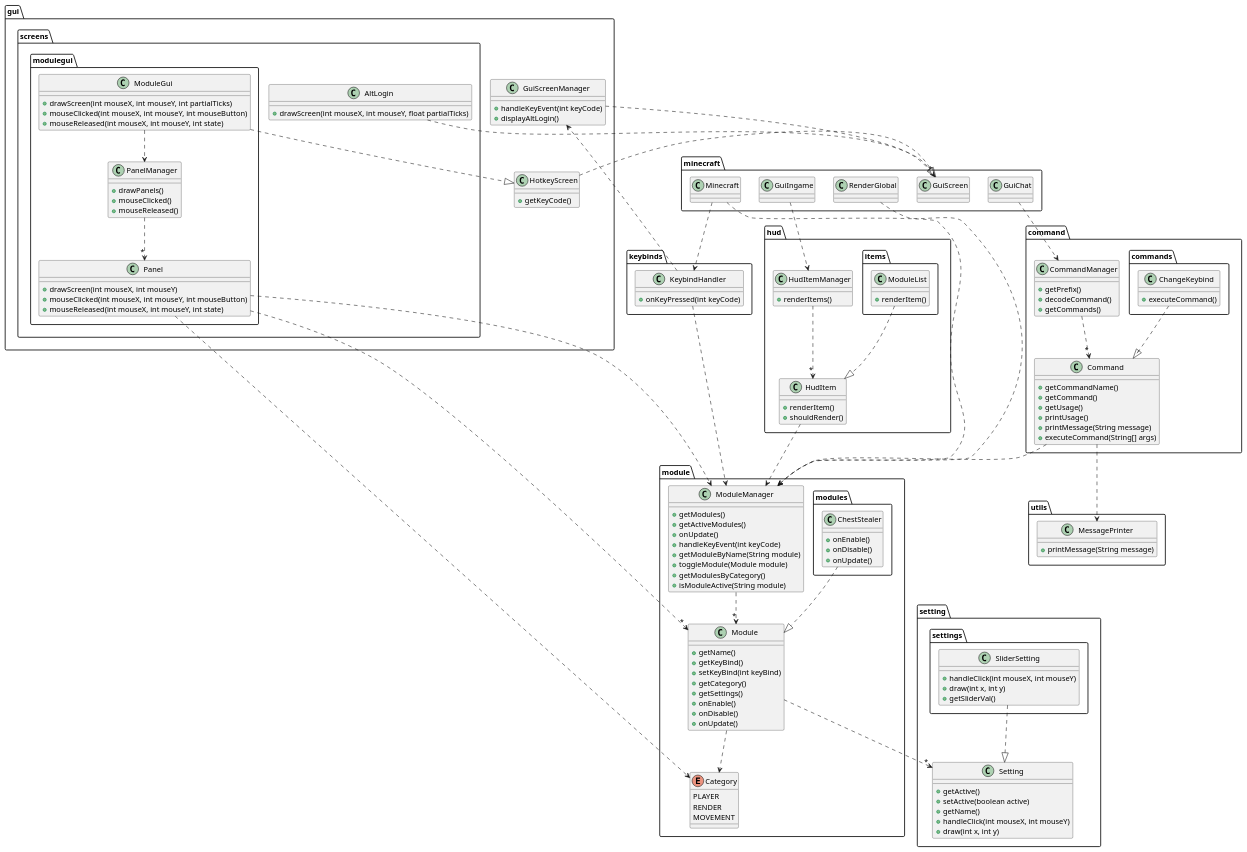
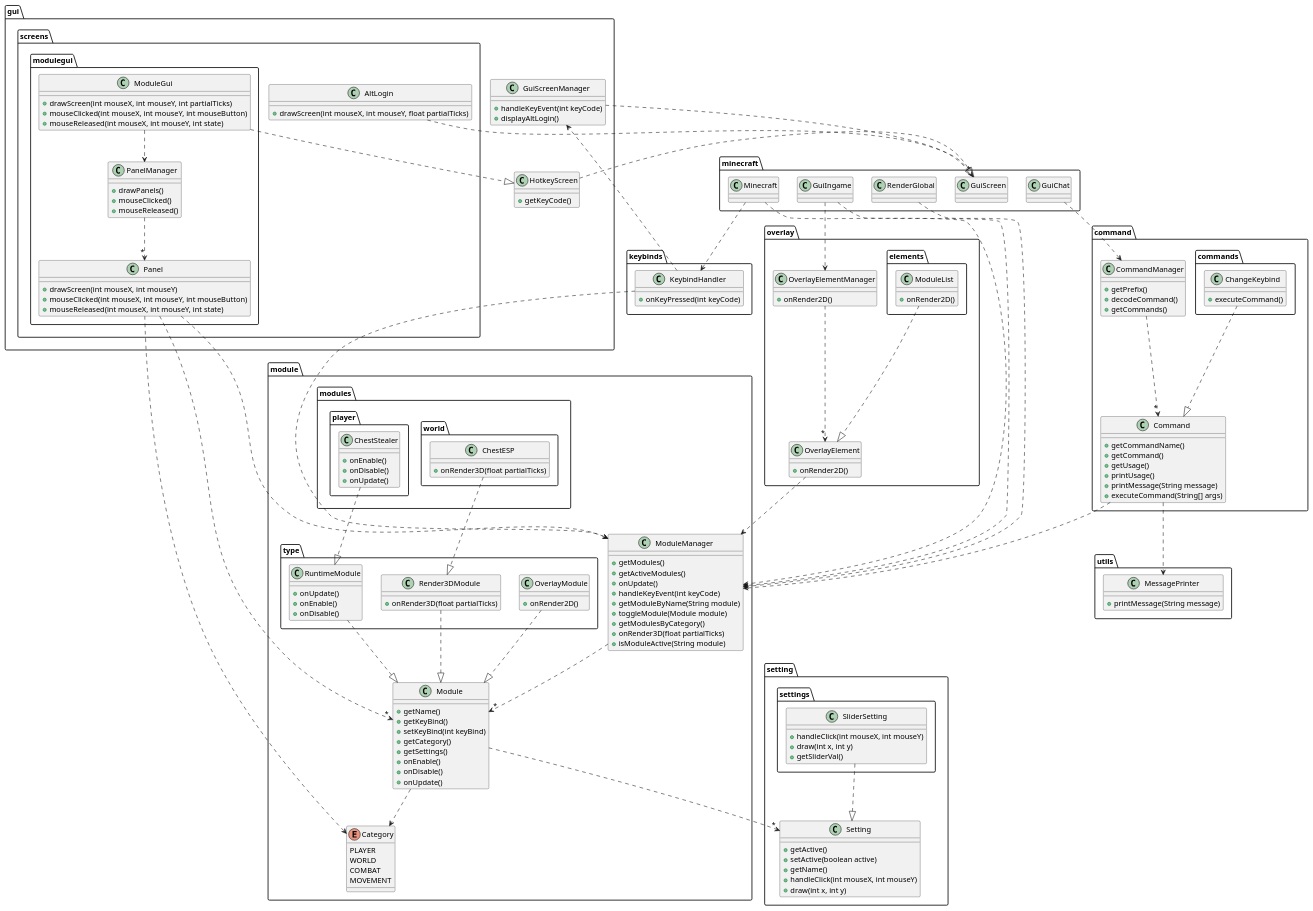
Before and after one commit to philipp-sebastian/jetclient: the diagram in jetclient/docs/jetclient.puml, drawn with PlantUML. The commit also changed 24 other files, not shown here.

Commit message:
Optimize architecture

```diff
--- a/jetclient/docs/jetclient.puml
+++ b/jetclient/docs/jetclient.puml
@@ -67,20 +67,19 @@
 }
 }
 
-namespace hud {
-class HudItem {
-    + renderItem()
-    + shouldRender()
+namespace overlay {
+class OverlayElement {
+    + onRender2D()
 }
 
-namespace items {
+namespace elements {
 class ModuleList {
-    + renderItem()
+    + onRender2D()
 }
 }
 
-class HudItemManager {
-    + renderItems()
+class OverlayElementManager {
+    + onRender2D()
 }
 }
 
@@ -102,11 +101,35 @@
     + onUpdate()
 }
 
+namespace type {
+class Render3DModule {
+    + onRender3D(float partialTicks)
+}
+
+class OverlayModule {
+    + onRender2D()
+}
+
+class RuntimeModule {
+    + onUpdate()
+    + onEnable()
+    + onDisable()
+}
+}
+
 namespace modules {
+namespace player {
 class ChestStealer {
     + onEnable()
     + onDisable()
     + onUpdate()
+}
+}
+
+namespace world {
+class ChestESP {
+    + onRender3D(float partialTicks)
+}
 }
 }
 
@@ -118,12 +141,14 @@
     + getModuleByName(String module)
     + toggleModule(Module module)
     + getModulesByCategory()
+    + onRender3D(float partialTicks)
     + isModuleActive(String module)
 }
 
 enum Category {
     PLAYER
-    RENDER
+    WORLD
+    COMBAT
     MOVEMENT
 }
 }
@@ -156,7 +181,8 @@
 Minecraft ..> KeybindHandler
 RenderGlobal ..> ModuleManager
 GuiChat ..> CommandManager
-GuiIngame ..> HudItemManager
+GuiIngame ..> OverlayElementManager
+GuiIngame ..> ModuleManager
 GuiScreenManager ..> "*" GuiScreen
 ModuleGui ..|> HotkeyScreen
 HotkeyScreen ..|> GuiScreen
@@ -164,6 +190,9 @@
 ModuleManager ..> "*" Module
 Module ..> Category
 Module ..> "*" Setting
+Render3DModule ..|> Module
+RuntimeModule ..|> Module
+OverlayModule ..|> Module
 KeybindHandler ..> ModuleManager
 KeybindHandler ..> GuiScreenManager
 Panel ..> "*" Module
@@ -171,14 +200,15 @@
 ModuleGui ..> PanelManager
 PanelManager ..> "*" Panel
 Panel ..> ModuleManager
-HudItem ..> ModuleManager
-HudItemManager ..> "*" HudItem
+OverlayElement ..> ModuleManager
+OverlayElementManager ..> "*" OverlayElement
 CommandManager ..> "*" Command
 Command ..> ModuleManager
 Command ..> MessagePrinter
 ChangeKeybind ..|> Command
-ModuleList ..|> HudItem
-ChestStealer ..|> Module
+ModuleList ..|> OverlayElement
+ChestStealer ..|> RuntimeModule
+ChestESP ..|> Render3DModule
 SliderSetting ..|> Setting
 
 @enduml
```
